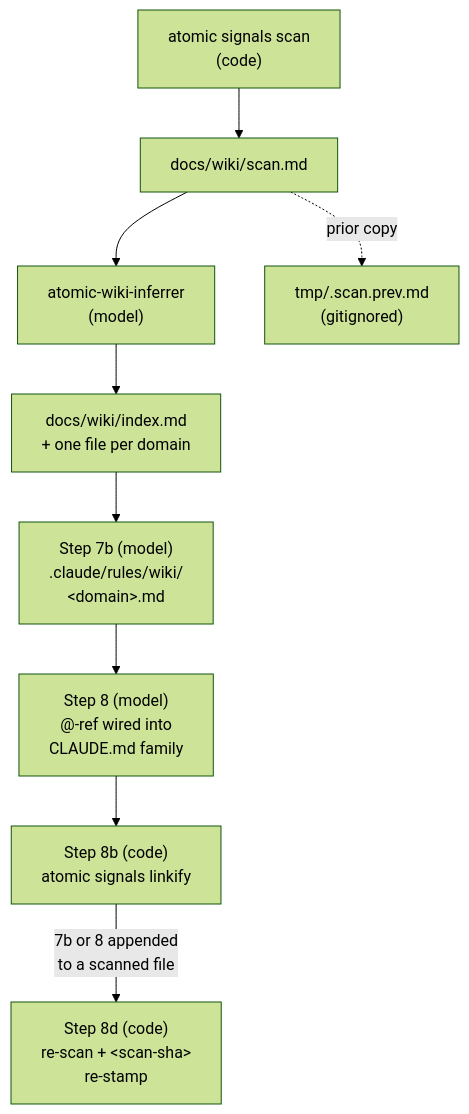
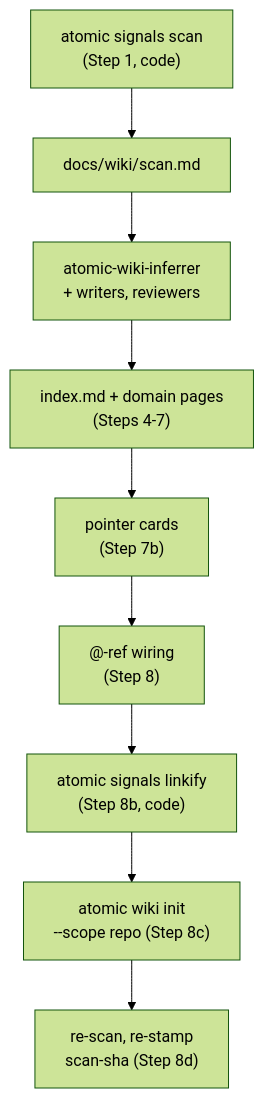
One commit to damusix/atomic-claude changed the first of 5 diagrams in docs/wiki/signals.md. Above: the diagram before and after it, drawn with Mermaid (forest theme). The commit also changed other lines of this file and 795 other files, not shown here.

First line of the commit message:
feat!: run Atomic on Claude Code, OMP, and Codex

````diff
--- a/docs/wiki/signals.md
+++ b/docs/wiki/signals.md
@@ -30,11 +31,12 @@
 ```mermaid
 flowchart TD
-    A["atomic signals scan<br/>(code)"] --> B["docs/wiki/scan.md"]
-    B --> C["atomic-wiki-inferrer<br/>(model)"]
-    C --> D["docs/wiki/index.md<br/>+ one file per domain"]
-    D --> R["Step 7b (model)<br/>.claude/rules/wiki/<br/>#lt;domain#gt;.md"]
-    R --> E["Step 8 (model)<br/>@-ref wired into<br/>CLAUDE.md family"]
-    E --> F["Step 8b (code)<br/>atomic signals linkify"]
-    F -->|"7b or 8 appended<br/>to a scanned file"| H["Step 8d (code)<br/>re-scan + #lt;scan-sha#gt;<br/>re-stamp"]
-    B -.prior copy.-> G["tmp/.scan.prev.md<br/>(gitignored)"]
+    %% source: context/skills/atomic-wiki/references/repo.md, atomic/cmd/atomic/cmd_signals.go
+    A["atomic signals scan<br/>(Step 1, code)"] --> B["docs/wiki/scan.md"]
+    B --> C["atomic-wiki-inferrer<br/>+ writers, reviewers"]
+    C --> D["index.md + domain pages<br/>(Steps 4-7)"]
+    D --> E["pointer cards<br/>(Step 7b)"]
+    E --> F["@-ref wiring<br/>(Step 8)"]
+    F --> G["atomic signals linkify<br/>(Step 8b, code)"]
+    G --> H["atomic wiki init<br/>--scope repo (Step 8c)"]
+    H --> I["re-scan, re-stamp<br/>scan-sha (Step 8d)"]
 ```
````
